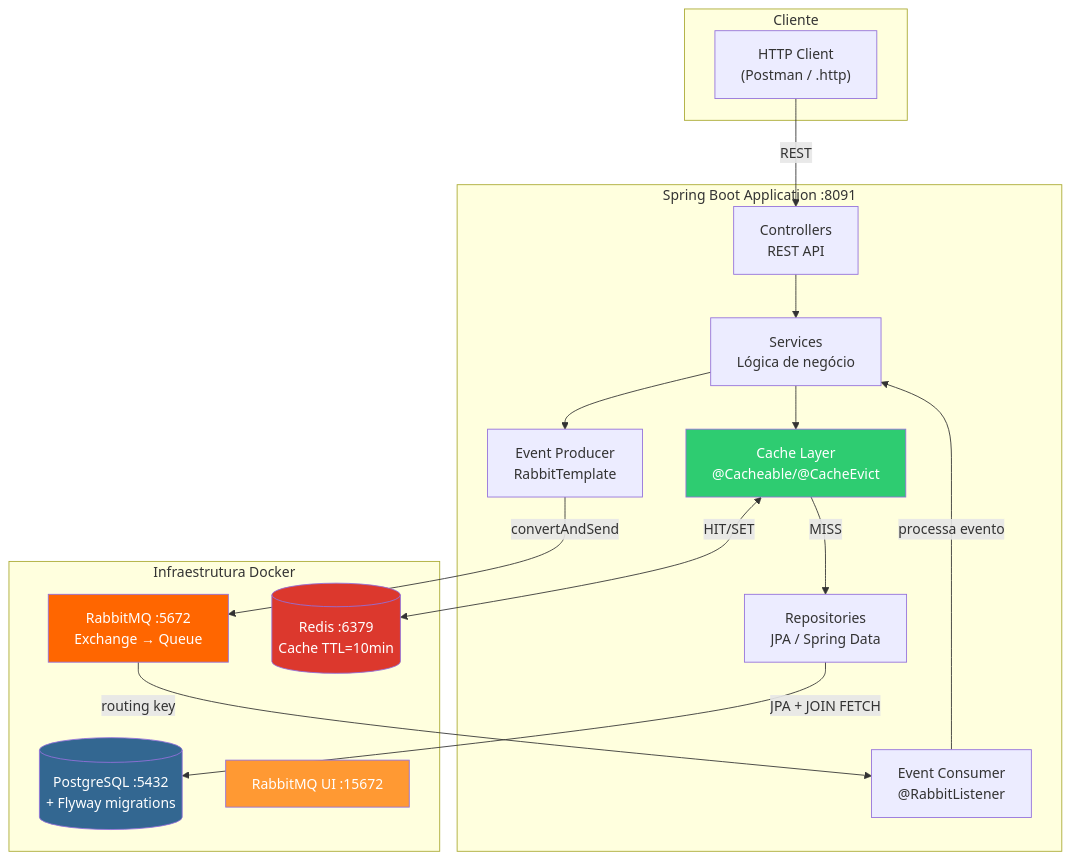
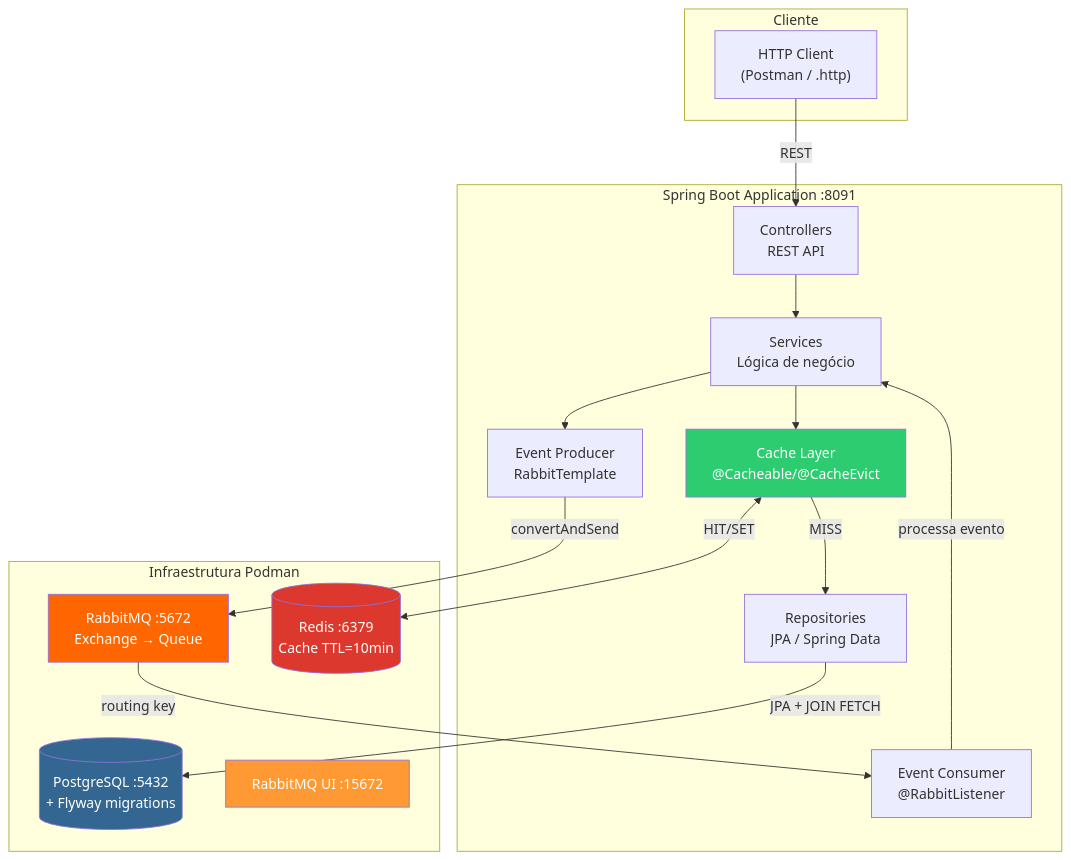
One commit to deusemarjunior/trein-java-intermed changed the second of 6 diagrams in dia-06/slide-16.md. Above: the diagram before and after it, drawn with Mermaid. The commit also changed other lines of this file and 100 other files, not shown here.

Commit message:
removendo docker adicionando podman

````diff
--- a/dia-06/slide-16.md
+++ b/dia-06/slide-16.md
@@ -52,39 +52,39 @@
 ```mermaid
 graph TB
     subgraph "Cliente"
         HTTP["HTTP Client<br/>(Postman / .http)"]
     end
 
     subgraph "Spring Boot Application :8091"
         CTRL["Controllers<br/>REST API"]
         SVC["Services<br/>Lógica de negócio"]
         REPO["Repositories<br/>JPA / Spring Data"]
         PROD["Event Producer<br/>RabbitTemplate"]
         CONS["Event Consumer<br/>@RabbitListener"]
         CACHE["Cache Layer<br/>@Cacheable/@CacheEvict"]
     end
 
-    subgraph "Infraestrutura Docker"
+    subgraph "Infraestrutura Podman"
         PG[("PostgreSQL :5432<br/>+ Flyway migrations")]
         RMQ["RabbitMQ :5672<br/>Exchange → Queue"]
         RMQUI["RabbitMQ UI :15672"]
         RD[("Redis :6379<br/>Cache TTL=10min")]
     end
 
     HTTP -->|"REST"| CTRL
     CTRL --> SVC
     SVC --> CACHE
     CACHE -->|"MISS"| REPO
     CACHE <-->|"HIT/SET"| RD
     REPO -->|"JPA + JOIN FETCH"| PG
     SVC --> PROD
     PROD -->|"convertAndSend"| RMQ
     RMQ -->|"routing key"| CONS
     CONS -->|"processa evento"| SVC
 
     style PG fill:#336791,color:#fff
     style RMQ fill:#ff6600,color:#fff
     style RD fill:#dc382d,color:#fff
     style RMQUI fill:#ff9933,color:#fff
     style CACHE fill:#2ecc71,color:#fff
 ```
````
